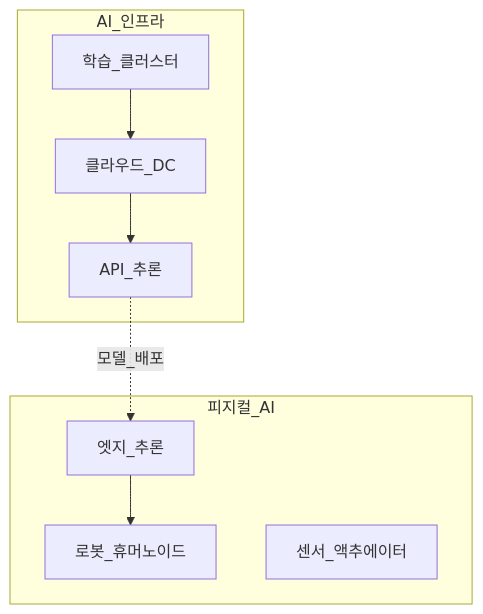
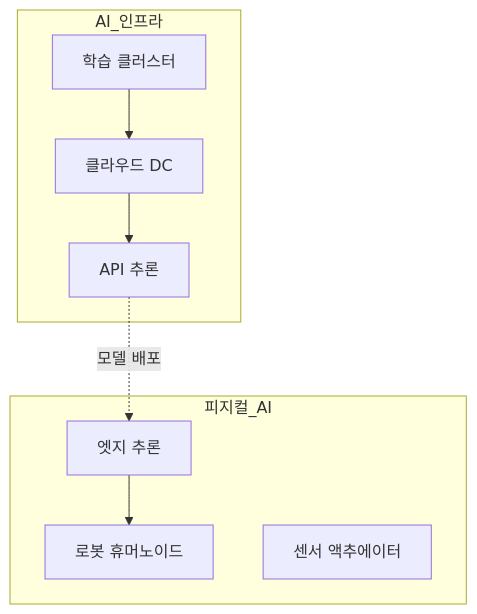
The third of 3 diagrams in 03-markets/sectors/ai-infrastructure.md (goldanghenry/Finances), drawn with Mermaid before and after one commit. The commit also changed other lines of this file and 211 other files, not shown here.

````diff
--- a/03-markets/sectors/ai-infrastructure.md
+++ b/03-markets/sectors/ai-infrastructure.md
@@ -164,17 +173,17 @@
 ```mermaid
 flowchart TB
   subgraph ai_inf [AI_인프라]
-    Cloud[클라우드_DC]
-    Train[학습_클러스터]
-    API[API_추론]
+    Cloud["클라우드 DC"]
+    Train["학습 클러스터"]
+    API["API 추론"]
   end
   subgraph phys [피지컬_AI]
-    Robot[로봇_휴머노이드]
-    Edge[엣지_추론]
-    Sensor[센서_액추에이터]
+    Robot["로봇 휴머노이드"]
+    Edge["엣지 추론"]
+    Sensor["센서 액추에이터"]
   end
   Cloud --> API
-  API -.->|모델_배포| Edge
+  API -.->|"모델 배포"| Edge
   Edge --> Robot
   Train --> Cloud
 ```
````
